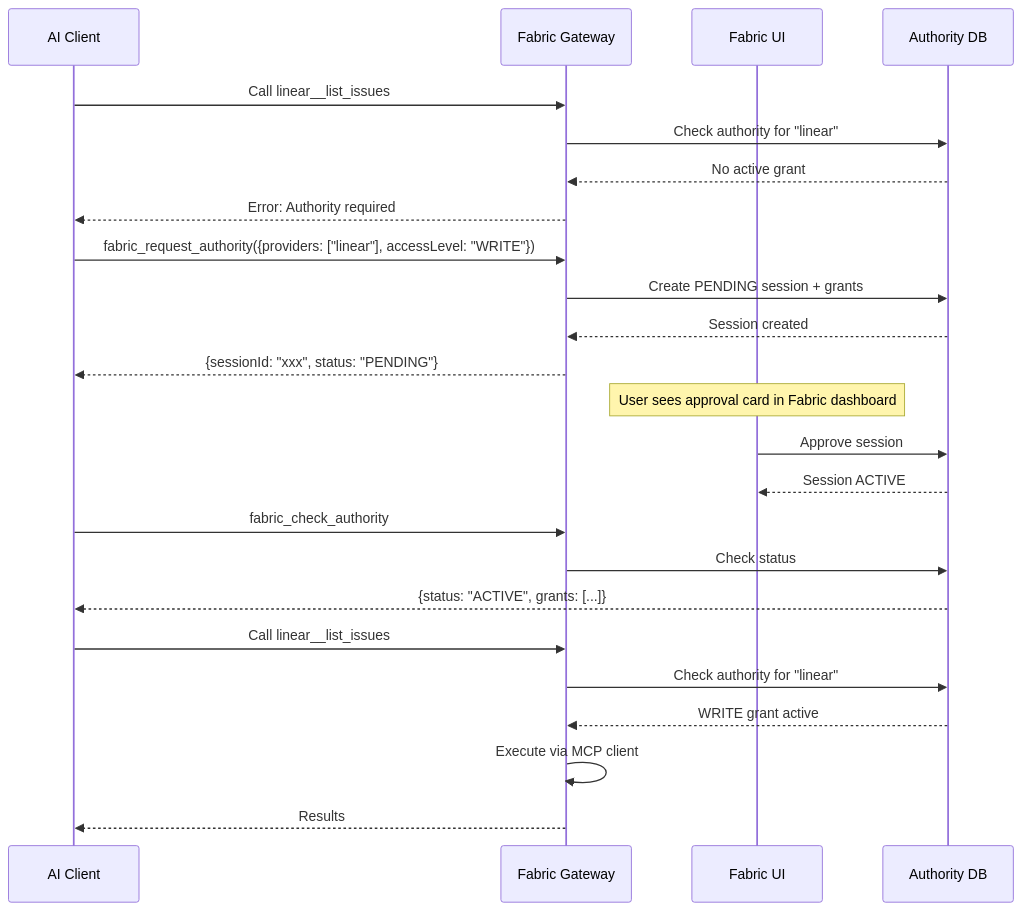
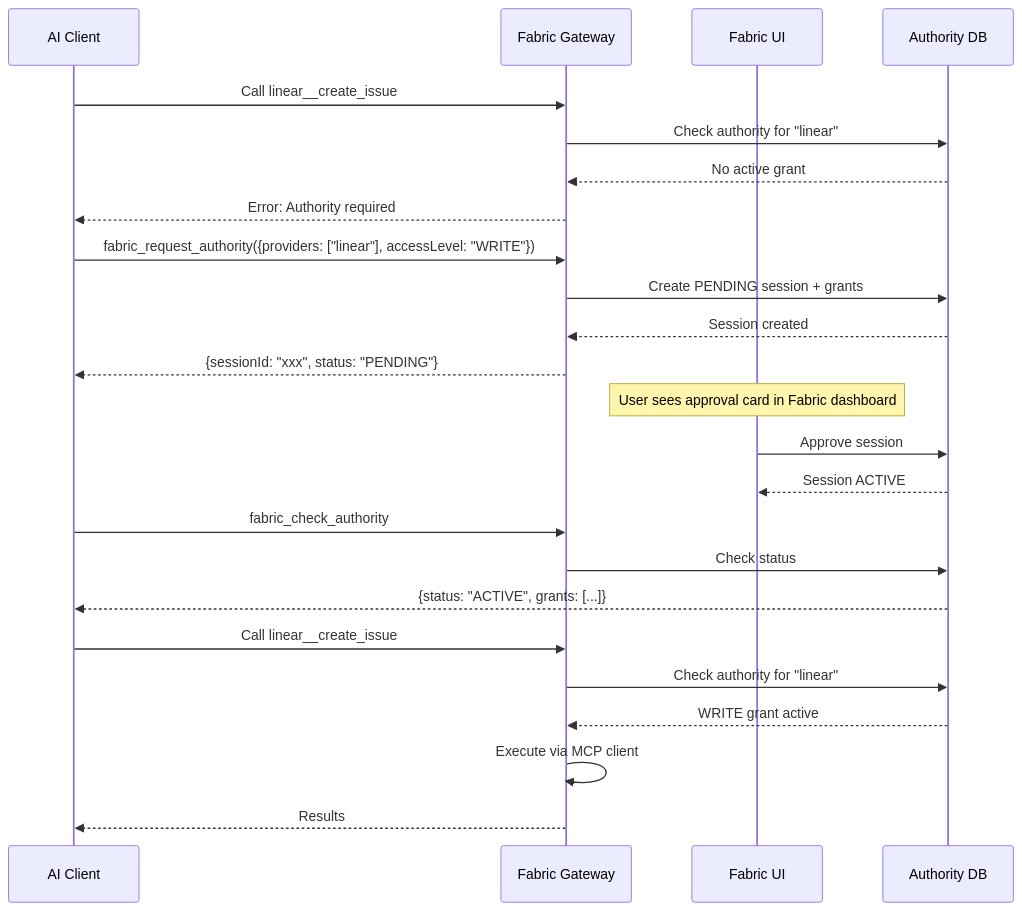
Before and after one commit to Fabric-Pro/fabric-oss: the diagram in apps/web/content/docs/integrations/mcp-gateway.mdx, drawn with Mermaid. The commit also changed other lines of this file and 933 other files, not shown here.

````diff
--- a/apps/web/content/docs/integrations/mcp-gateway.mdx
+++ b/apps/web/content/docs/integrations/mcp-gateway.mdx
@@ -688,32 +811,32 @@
 ```mermaid
 sequenceDiagram
     participant AI as AI Client
     participant GW as Fabric Gateway
     participant UI as Fabric UI
     participant DB as Authority DB
 
-    AI->>GW: Call linear__list_issues
+    AI->>GW: Call linear__create_issue
     GW->>DB: Check authority for "linear"
     DB-->>GW: No active grant
     GW-->>AI: Error: Authority required
 
     AI->>GW: fabric_request_authority({providers: ["linear"], accessLevel: "WRITE"})
     GW->>DB: Create PENDING session + grants
     DB-->>GW: Session created
     GW-->>AI: {sessionId: "xxx", status: "PENDING"}
 
     Note over UI: User sees approval card in Fabric dashboard
 
     UI->>DB: Approve session
     DB-->>UI: Session ACTIVE
 
     AI->>GW: fabric_check_authority
     GW->>DB: Check status
     DB-->>AI: {status: "ACTIVE", grants: [...]}
 
-    AI->>GW: Call linear__list_issues
+    AI->>GW: Call linear__create_issue
     GW->>DB: Check authority for "linear"
     DB-->>GW: WRITE grant active
     GW->>GW: Execute via MCP client
     GW-->>AI: Results
 ```
````
